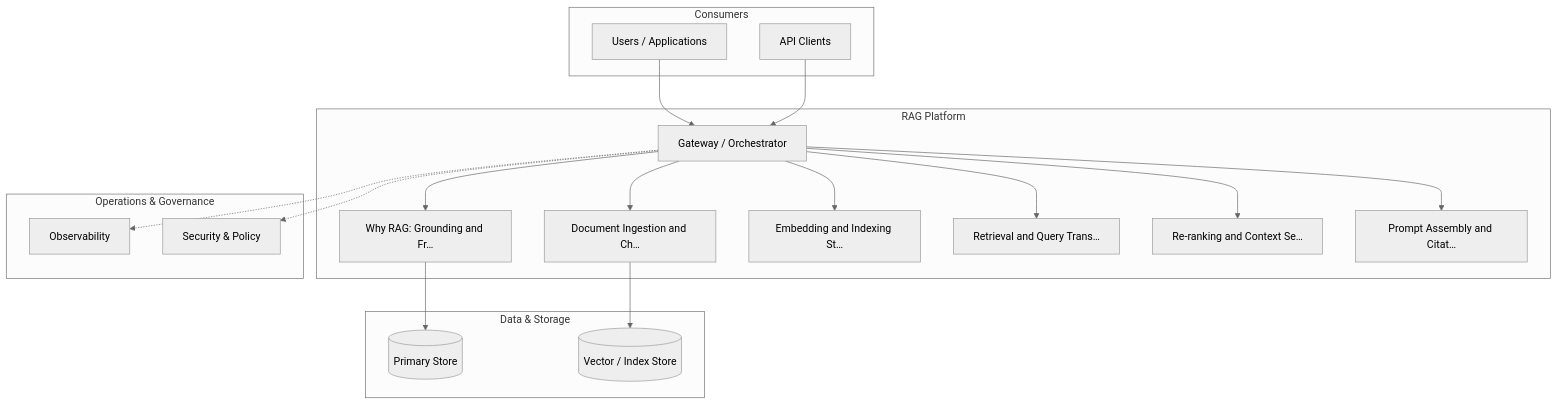
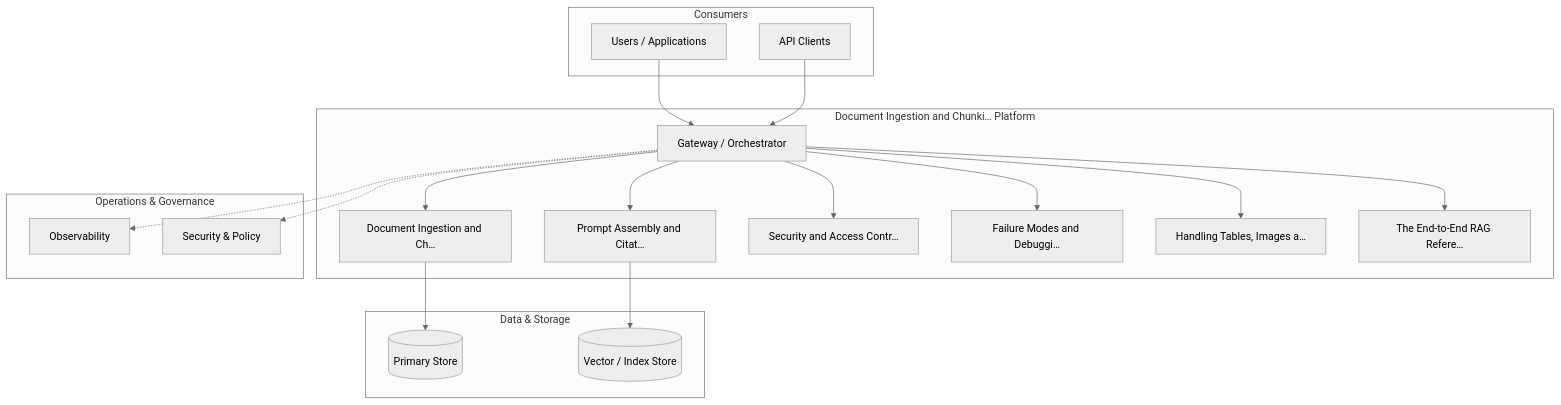
One commit to ankit05121980/AI-University changed the diagram in content/rag/rag-foundations/diagrams/fig-002-agent-architecture.mmd. Above: the diagram before and after it, drawn with Mermaid (neutral theme). The commit also changed 458 other files, not shown here.

First line of the commit message:
Add Diagram Studio (prompt/text -> diagram) and per-chapter diagram context

```diff
--- a/content/rag/rag-foundations/diagrams/fig-002-agent-architecture.mmd
+++ b/content/rag/rag-foundations/diagrams/fig-002-agent-architecture.mmd
@@ -1,34 +1,34 @@
 flowchart TB
   subgraph Client["Consumers"]
     U[Users / Applications]
     API[API Clients]
   end
-  subgraph Platform["RAG Platform"]
+  subgraph Platform["Document Ingestion and Chunki… Platform"]
     GW[Gateway / Orchestrator]
-    S0[Why RAG: Grounding and Fr…]
-    S1[Document Ingestion and Ch…]
-    S2[Embedding and Indexing St…]
-    S3[Retrieval and Query Trans…]
-    S4[Re-ranking and Context Se…]
-    S5[Prompt Assembly and Citat…]
+    S0[Document Ingestion and Ch…]
+    S1[Prompt Assembly and Citat…]
+    S2[Security and Access Contr…]
+    S3[Failure Modes and Debuggi…]
+    S4[Handling Tables, Images a…]
+    S5[The End-to-End RAG Refere…]
   end
   subgraph Data["Data & Storage"]
     DS[(Primary Store)]
     VEC[(Vector / Index Store)]
   end
   subgraph Ops["Operations & Governance"]
     OBS[Observability]
     SEC[Security & Policy]
   end
   U --> GW
   API --> GW
   GW --> S0
   GW --> S1
   GW --> S2
   GW --> S3
   GW --> S4
   GW --> S5
   S0 --> DS
   S1 --> VEC
   GW -.-> OBS
   GW -.-> SEC
```
